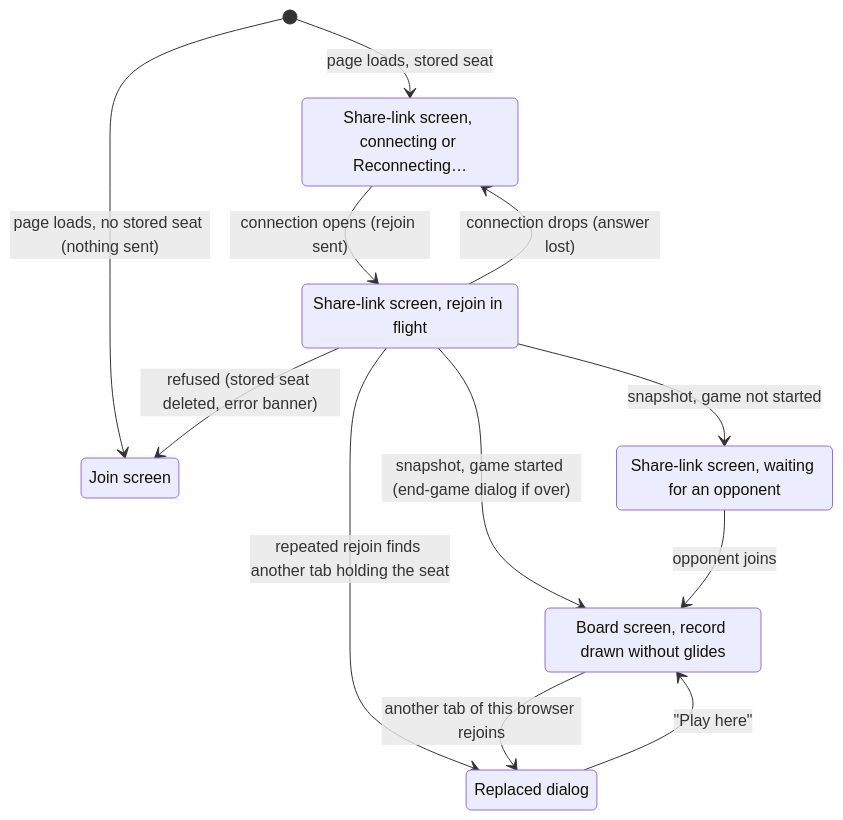
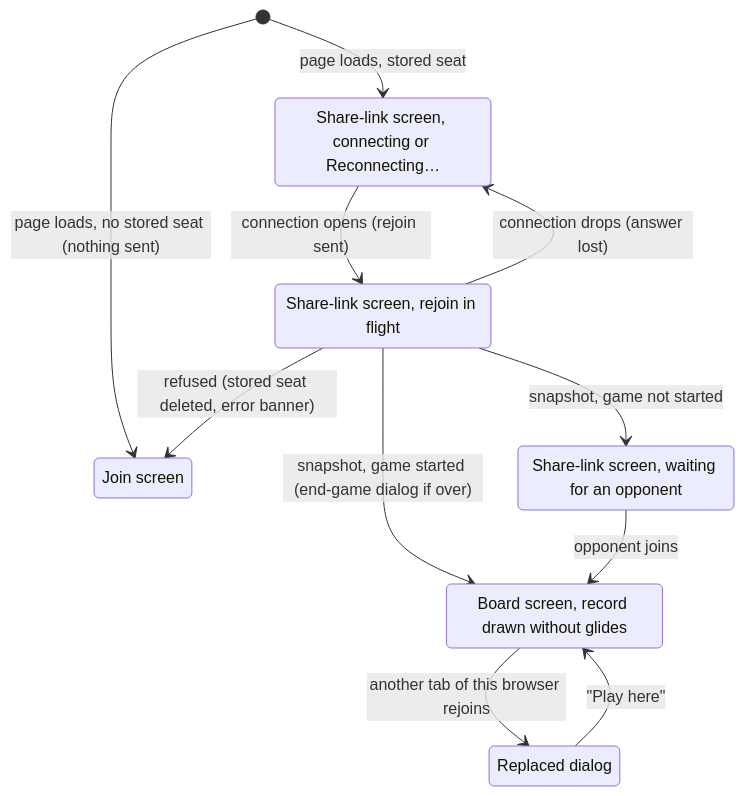
The diagram in product-description/session/reload-and-return.md (howard36/3d-chess), drawn with Mermaid before and after one commit. The commit also changed other lines of this file and 6 other files, not shown here.

````diff
--- a/product-description/session/reload-and-return.md
+++ b/product-description/session/reload-and-return.md
@@ -17,20 +17,19 @@
 ```mermaid
 stateDiagram-v2
     state "Join screen" as join
     state "Share-link screen, connecting or Reconnecting…" as connecting
     state "Share-link screen, rejoin in flight" as flight
     state "Share-link screen, waiting for an opponent" as share
     state "Board screen, record drawn without glides" as board
     state "Replaced dialog" as replaced
     [*] --> join : page loads, no stored seat (nothing sent)
     [*] --> connecting : page loads, stored seat
     connecting --> flight : connection opens (rejoin sent)
     flight --> connecting : connection drops (answer lost)
     flight --> board : snapshot, game started (end-game dialog if over)
     flight --> share : snapshot, game not started
     share --> board : opponent joins
     flight --> join : refused (stored seat deleted, error banner)
-    flight --> replaced : repeated rejoin finds another tab holding the seat
     board --> replaced : another tab of this browser rejoins
     replaced --> board : "Play here"
 ```
````
